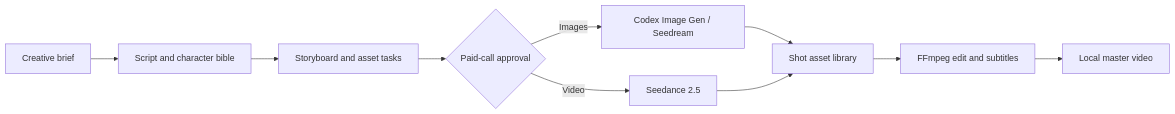
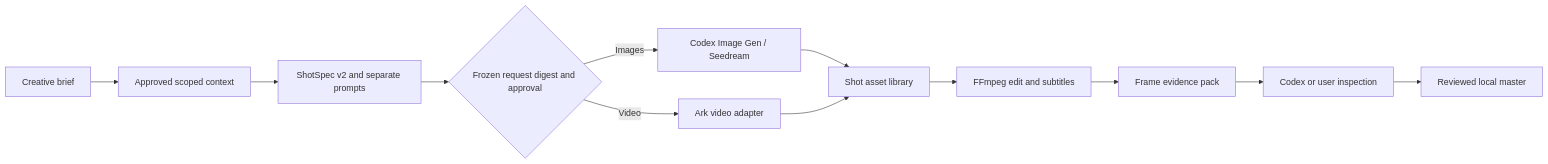
Before and after one commit to jiushiaaa/open-drama-flow: the diagram in README.md, drawn with Mermaid. The commit also changed other lines of this file and 33 other files, not shown here.

Commit message:
feat: harden Codex video production harness

````diff
--- a/README.md
+++ b/README.md
@@ -59,12 +61,14 @@
 ```mermaid
 flowchart LR
-    A[Creative brief] --> B[Script and character bible]
-    B --> C[Storyboard and asset tasks]
-    C --> D{Paid-call approval}
+    A[Creative brief] --> B[Approved scoped context]
+    B --> C[ShotSpec v2 and separate prompts]
+    C --> D{Frozen request digest and approval}
     D -->|Images| E[Codex Image Gen / Seedream]
-    D -->|Video| F[Seedance 2.5]
+    D -->|Video| F[Ark video adapter]
     E --> G[Shot asset library]
     F --> G
     G --> H[FFmpeg edit and subtitles]
-    H --> I[Local master video]
+    H --> I[Frame evidence pack]
+    I --> J[Codex or user inspection]
+    J --> K[Reviewed local master]
 ```
````
